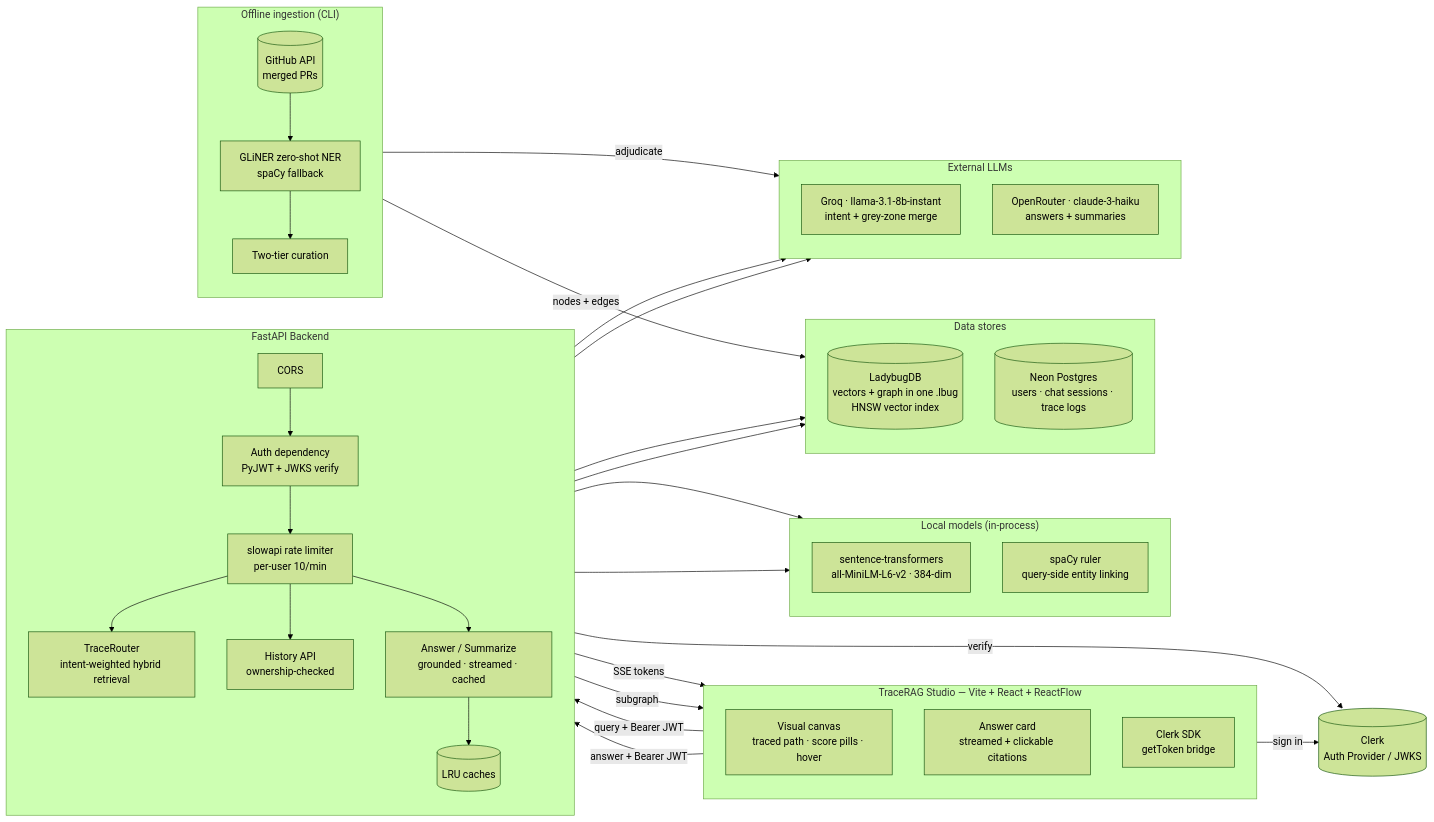
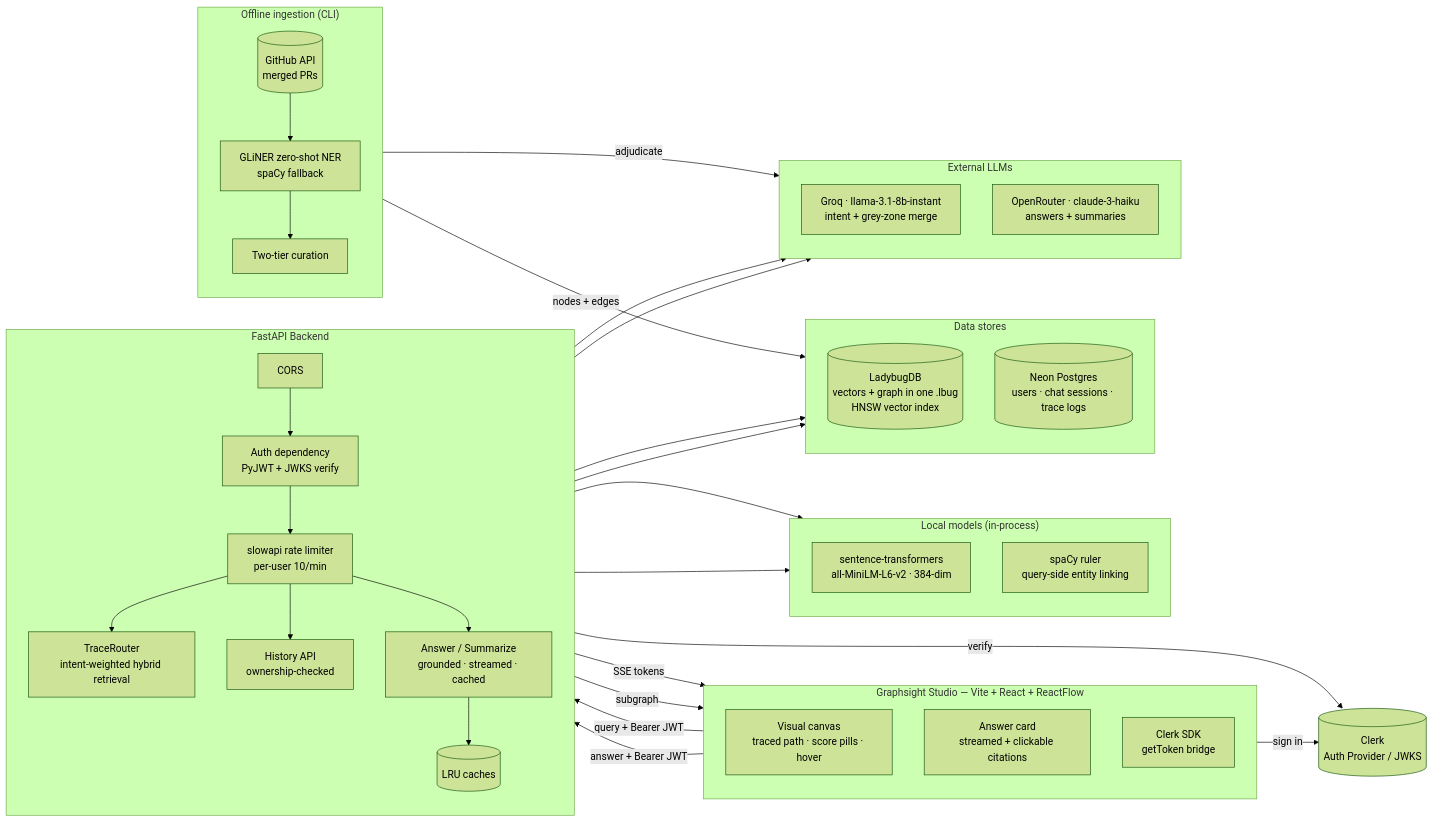
The second of 7 diagrams in README.md (Kcodess2807/graphsight), drawn with Mermaid (forest theme) before and after one commit. The commit also changed other lines of this file and 175 other files, not shown here.

Commit message:
Graphsight: standalone trace viewer + LangGraph adapter, published to PyPI

````diff
--- a/README.md
+++ b/README.md
@@ -189,70 +295,70 @@
 ```mermaid
 flowchart LR
-  subgraph CLIENT["TraceRAG Studio — Vite + React + ReactFlow"]
+  subgraph CLIENT["Graphsight Studio — Vite + React + ReactFlow"]
     direction TB
     UI["Visual canvas<br/>traced path · score pills · hover"]
     AC["Answer card<br/>streamed + clickable citations"]
     CK["Clerk SDK<br/>getToken bridge"]
   end
 
   CLERK[("Clerk<br/>Auth Provider / JWKS")]
 
   subgraph BACKEND["FastAPI Backend"]
     direction TB
     CORS["CORS"]
     AUTH["Auth dependency<br/>PyJWT + JWKS verify"]
     RL["slowapi rate limiter<br/>per-user 10/min"]
     ROUTER["TraceRouter<br/>intent-weighted hybrid retrieval"]
     GEN["Answer / Summarize<br/>grounded · streamed · cached"]
     HIST["History API<br/>ownership-checked"]
     CACHE[("LRU caches")]
   end
 
   subgraph LOCAL["Local models (in-process)"]
     direction TB
     EMB["sentence-transformers<br/>all-MiniLM-L6-v2 · 384-dim"]
     RULER["spaCy ruler<br/>query-side entity linking"]
   end
 
   subgraph DATA["Data stores"]
     direction TB
     LBUG[("LadybugDB<br/>vectors + graph in one .lbug<br/>HNSW vector index")]
     PG[("Neon Postgres<br/>users · chat sessions · trace logs")]
   end
 
   subgraph EXT["External LLMs"]
     direction TB
     GROQ["Groq · llama-3.1-8b-instant<br/>intent + grey-zone merge"]
     OR["OpenRouter · claude-3-haiku<br/>answers + summaries"]
   end
 
   subgraph INGESTHLD["Offline ingestion (CLI)"]
     direction TB
     GH[("GitHub API<br/>merged PRs")]
     GLINER["GLiNER zero-shot NER<br/>spaCy fallback"]
     CUR["Two-tier curation"]
   end
 
   CK -->|sign in| CLERK
   UI -->|"query + Bearer JWT"| CORS
   AC -->|"answer + Bearer JWT"| CORS
   CORS --> AUTH
   AUTH -->|verify| CLERK
   AUTH --> RL
   RL --> ROUTER
   RL --> HIST
   RL --> GEN
   ROUTER --> EMB
   ROUTER --> RULER
   ROUTER --> LBUG
   ROUTER --> GROQ
   GEN --> CACHE
   GEN --> OR
   GEN -->|SSE tokens| AC
   ROUTER -->|subgraph| UI
   HIST --> PG
 
   GH --> GLINER --> CUR
   CUR -->|nodes + edges| LBUG
   CUR -->|adjudicate| GROQ
 ```
````
